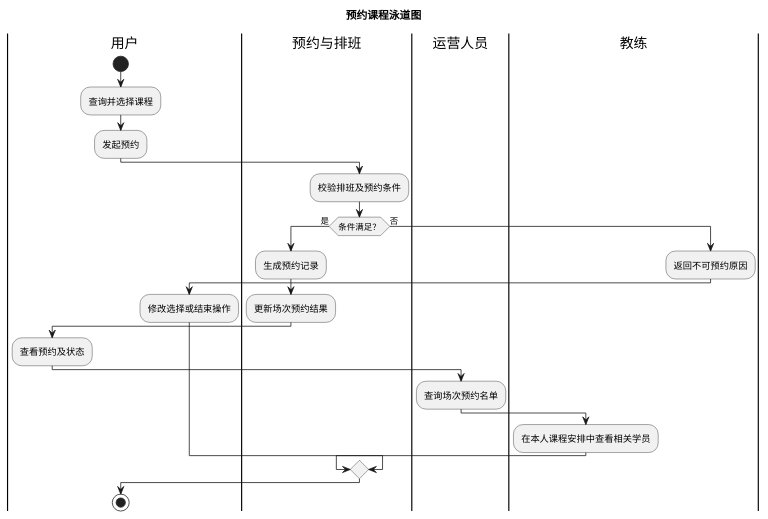
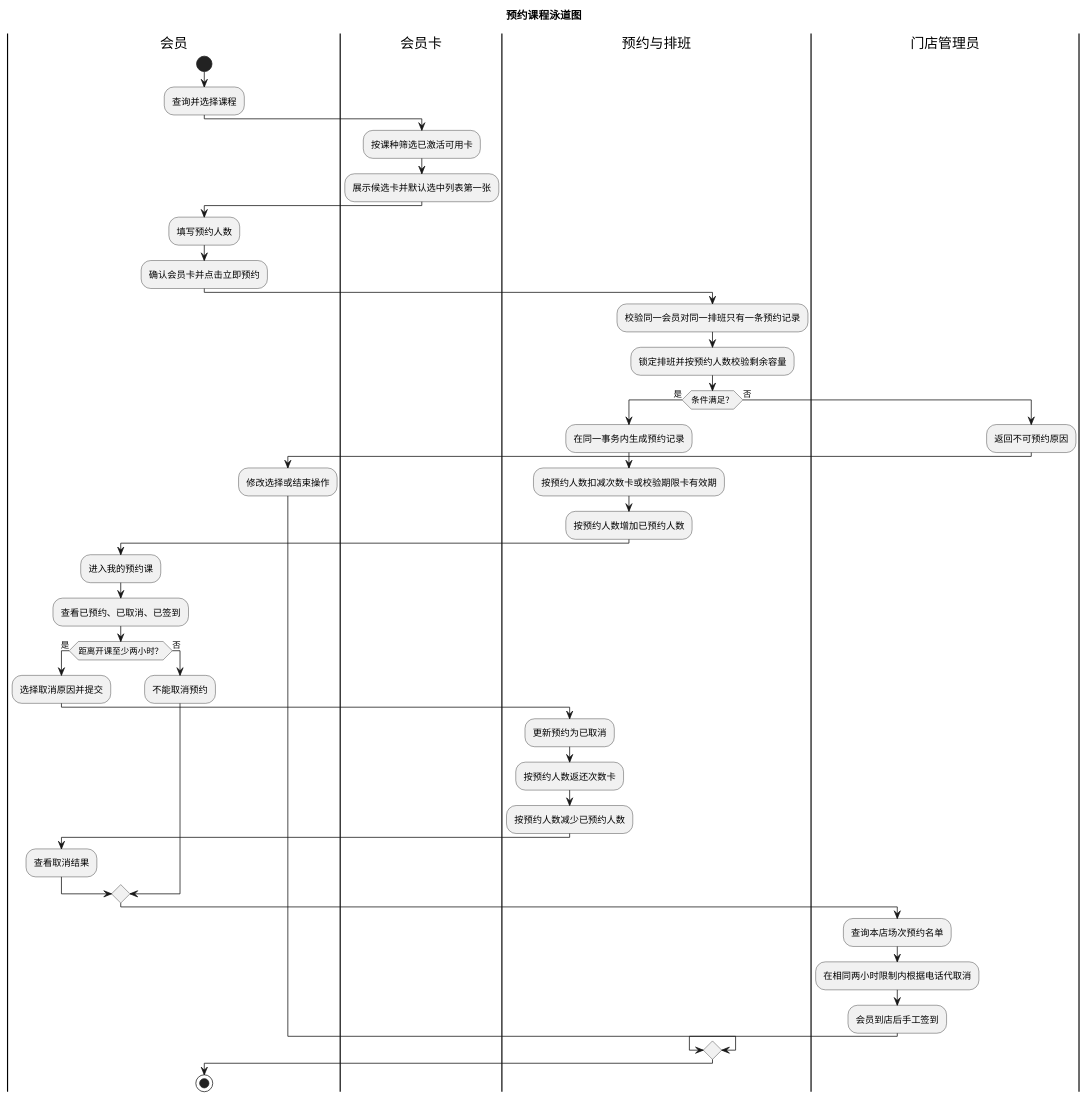
The third of 5 diagrams in docs/需求分析/需求分析.md (duo2530/techplant-yoga), drawn with PlantUML before and after one commit. The commit also changed other lines of this file and 323 other files, not shown here.

````diff
--- a/docs/需求分析/需求分析.md
+++ b/docs/需求分析/需求分析.md
@@ -391,31 +339,52 @@
 ```plantuml
 @startuml
 title 预约课程泳道图
 
-|用户|
+|会员|
 start
 :查询并选择课程;
-:发起预约;
+
+|会员卡|
+:按课种筛选已激活可用卡;
+:展示候选卡并默认选中列表第一张;
+
+|会员|
+:填写预约人数;
+:确认会员卡并点击立即预约;
 
 |预约与排班|
-:校验排班及预约条件;
+:校验同一会员对同一排班只有一条预约记录;
+:锁定排班并按预约人数校验剩余容量;
 if (条件满足？) then (是)
-  :生成预约记录;
-  :更新场次预约结果;
+  :在同一事务内生成预约记录;
+  :按预约人数扣减次数卡或校验期限卡有效期;
+  :按预约人数增加已预约人数;
 
-  |用户|
-  :查看预约及状态;
+  |会员|
+  :进入我的预约课;
+  :查看已预约、已取消、已签到;
+  if (距离开课至少两小时？) then (是)
+    :选择取消原因并提交;
+    |预约与排班|
+    :更新预约为已取消;
+    :按预约人数返还次数卡;
+    :按预约人数减少已预约人数;
+    |会员|
+    :查看取消结果;
+  else (否)
+    :不能取消预约;
+  endif
 
-  |运营人员|
-  :查询场次预约名单;
+  |门店管理员|
+  :查询本店场次预约名单;
+  :在相同两小时限制内根据电话代取消;
+  :会员到店后手工签到;
 
-  |教练|
-  :在本人课程安排中查看相关学员;
 else (否)
   :返回不可预约原因;
-  |用户|
+  |会员|
   :修改选择或结束操作;
 endif
 stop
 @enduml
 ```
````
